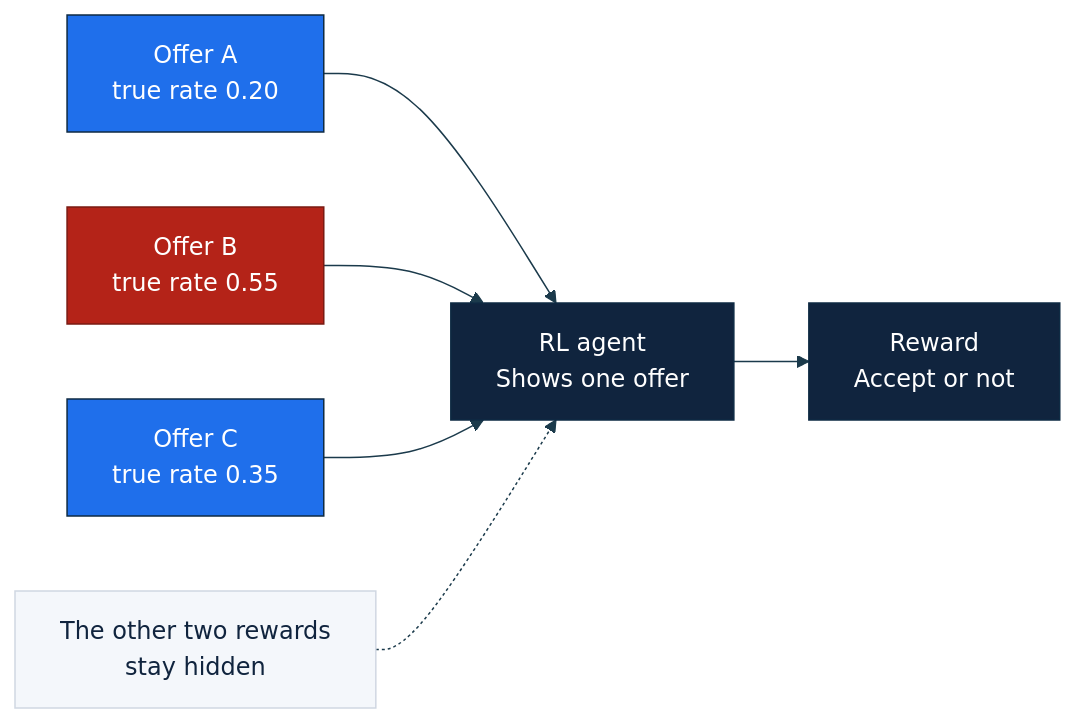
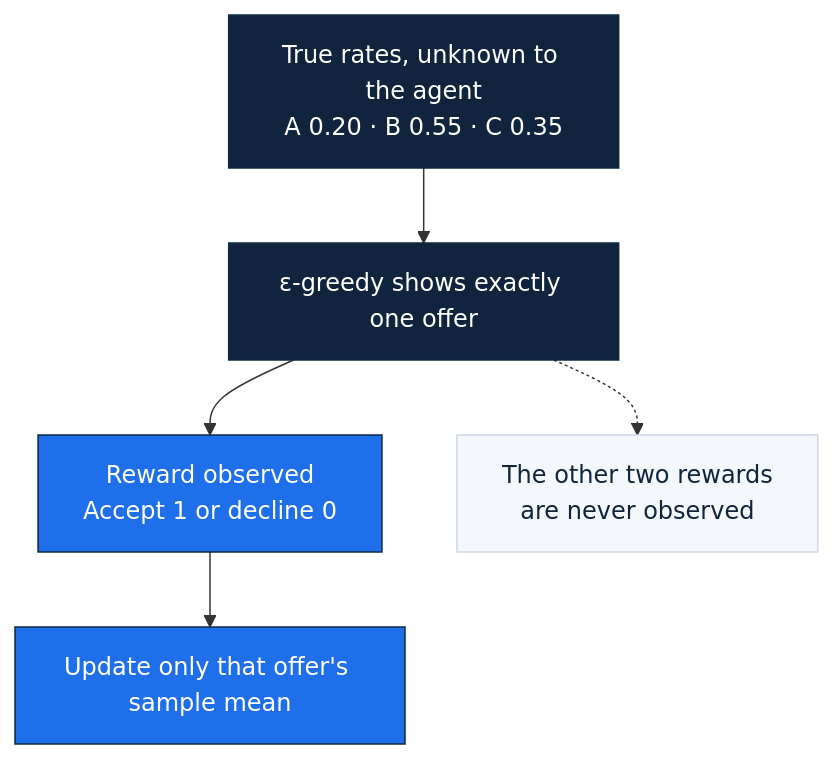
One commit to salihtutun/Agentic-AI_Autonomous_Decision_Making changed the diagram in assets/mermaid/bandit.mmd. Above: the diagram before and after it, drawn with Mermaid. The commit also changed 24 other files, not shown here.

Commit message:
feat: redraw the session diagrams so the arrows match the lesson

```diff
--- a/assets/mermaid/bandit.mmd
+++ b/assets/mermaid/bandit.mmd
@@ -1,18 +1,13 @@
-%%{init: {'theme':'base','themeVariables':{'fontFamily':'Segoe UI, Arial, sans-serif','fontSize':'16px','lineColor':'#1B3A4B'}}}%%
-flowchart LR
-    A["Offer A<br/>true rate 0.20"] 
-    B["Offer B<br/>true rate 0.55"]
-    C["Offer C<br/>true rate 0.35"]
-    A --> AGENT
-    B --> AGENT
-    C --> AGENT
-    AGENT["RL agent<br/>Shows one offer"] --> REWARD["Reward<br/>Accept or not"]
-    HIDDEN["The other two rewards<br/>stay hidden"] -.-> AGENT
-    classDef offer fill:#1F6FEB,stroke:#0E2A43,color:#ffffff
-    classDef best fill:#B42318,stroke:#7A1A12,color:#ffffff
-    classDef agent fill:#10243E,stroke:#0E2A43,color:#ffffff
+flowchart TB
+    RATES["True rates, unknown to the agent<br/>A 0.20 · B 0.55 · C 0.35"]
+    RATES --> PICK["ε-greedy shows exactly one offer"]
+    PICK --> SEEN["Reward observed<br/>Accept 1 or decline 0"]
+    PICK -.-> HIDDEN["The other two rewards<br/>are never observed"]
+    SEEN --> MEAN["Update only that offer's sample mean"]
+    classDef navy fill:#10243E,stroke:#0E2A43,color:#ffffff
+    classDef blue fill:#1F6FEB,stroke:#0E2A43,color:#ffffff
+    classDef red fill:#B42318,stroke:#7A1A12,color:#ffffff
     classDef note fill:#F4F7FB,stroke:#D0D7E2,color:#10243E
-    class A,C offer
-    class B best
-    class AGENT,REWARD agent
+    class RATES,PICK navy
+    class SEEN,MEAN blue
     class HIDDEN note
```
